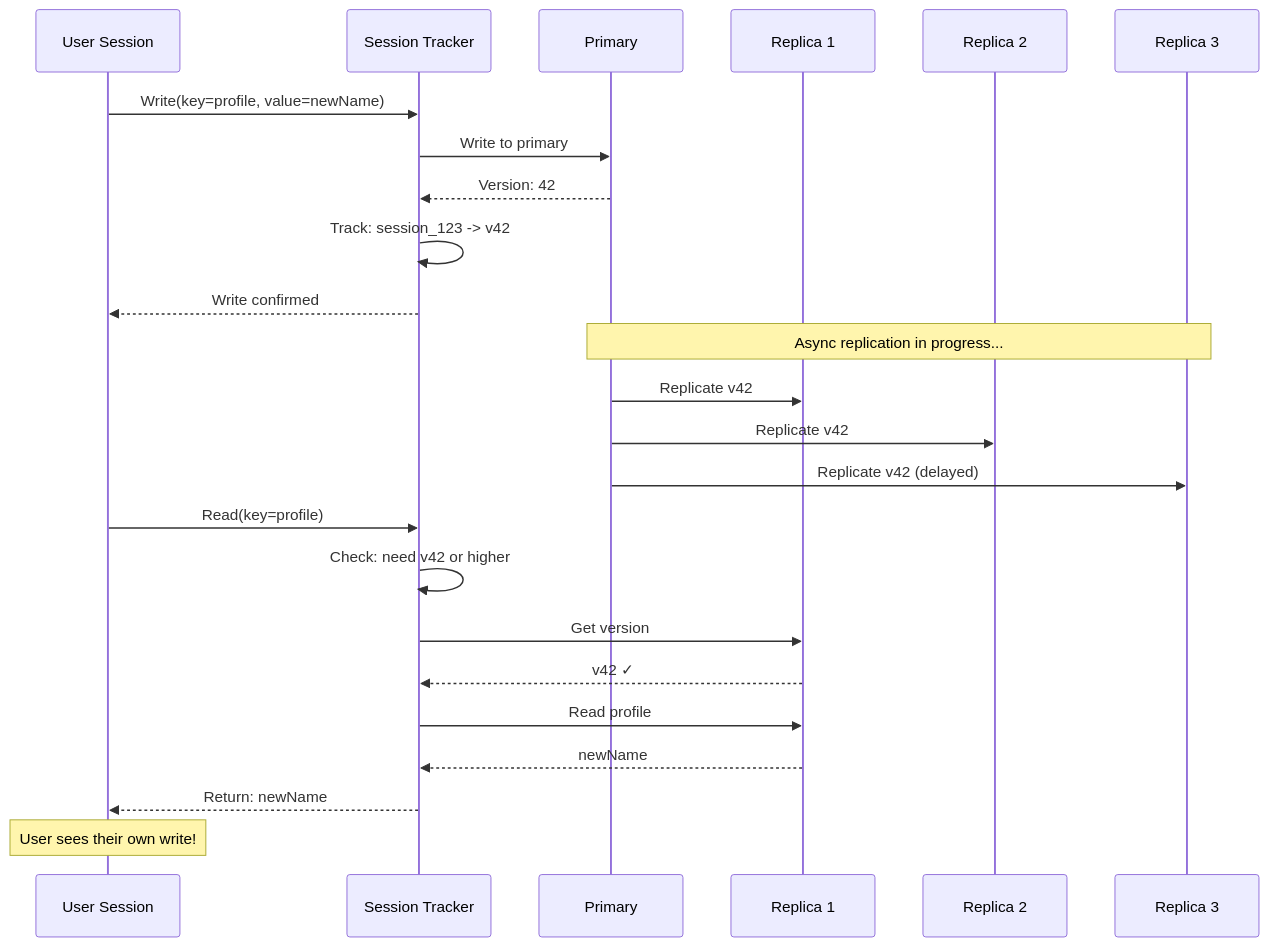
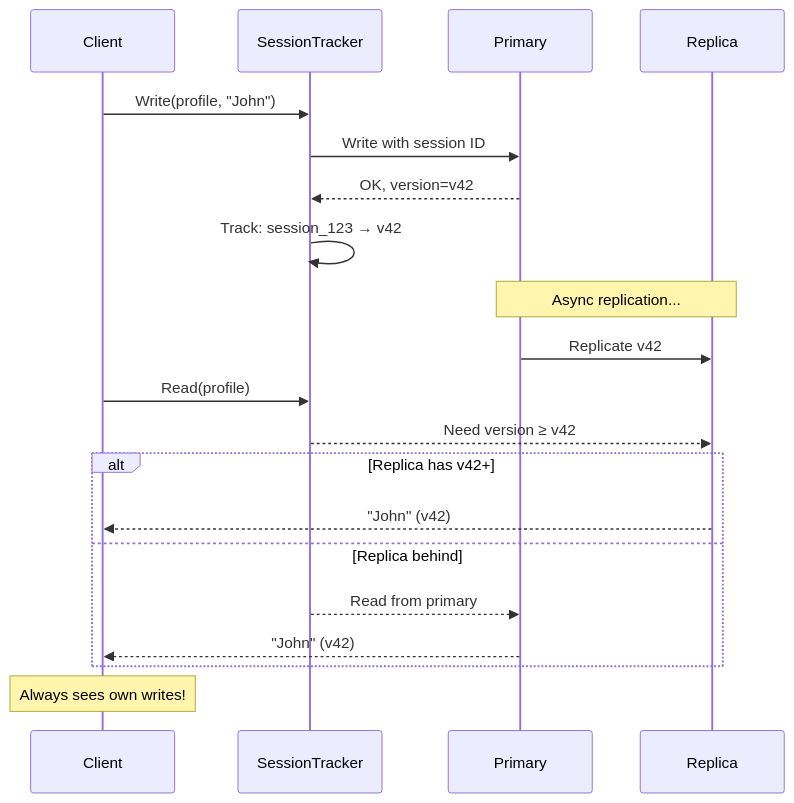
One commit to deepaucksharma/DStudio changed diagram 12 of 30 in docs/pattern-library/data-management/tunable-consistency.md. Above: the diagram before and after it, drawn with Mermaid. The commit also changed other lines of this file and 191 other files, not shown here.

````diff
--- a/docs/pattern-library/data-management/tunable-consistency.md
+++ b/docs/pattern-library/data-management/tunable-consistency.md
@@ -304,32 +393,27 @@
 ```mermaid
 sequenceDiagram
-    participant U as User Session
-    participant T as Session Tracker
-    participant P as Primary
-    participant R1 as Replica 1
-    participant R2 as Replica 2
-    participant R3 as Replica 3
+    participant Client
+    participant SessionTracker
+    participant Primary
+    participant Replica
     
-    U->>T: Write(key=profile, value=newName)
-    T->>P: Write to primary
-    P-->>T: Version: 42
-    T->>T: Track: session_123 -> v42
-    T-->>U: Write confirmed
+    Client->>SessionTracker: Write(profile, "John")
+    SessionTracker->>Primary: Write with session ID
+    Primary-->>SessionTracker: OK, version=v42
+    SessionTracker->>SessionTracker: Track: session_123 → v42
     
-    Note over P,R3: Async replication in progress...
+    Note over Primary,Replica: Async replication...
+    Primary->>Replica: Replicate v42
     
-    P->>R1: Replicate v42
-    P->>R2: Replicate v42
-    P->>R3: Replicate v42 (delayed)
+    Client->>SessionTracker: Read(profile)
+    SessionTracker-->>Replica: Need version ≥ v42
     
-    U->>T: Read(key=profile)
-    T->>T: Check: need v42 or higher
+    alt Replica has v42+
+        Replica-->>Client: "John" (v42)
+    else Replica behind
+        SessionTracker-->>Primary: Read from primary
+        Primary-->>Client: "John" (v42)
+    end
     
-    T->>R1: Get version
-    R1-->>T: v42 ✓
-    T->>R1: Read profile
-    R1-->>T: newName
-    T-->>U: Return: newName
-    
-    Note over U: User sees their own write!
+    Note over Client: Always sees own writes!
 ```
````
